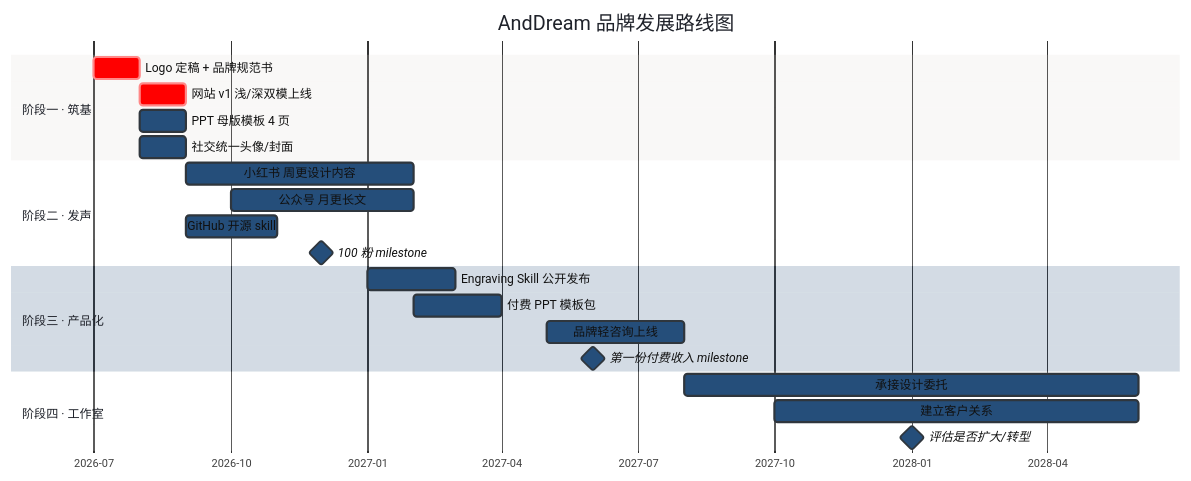
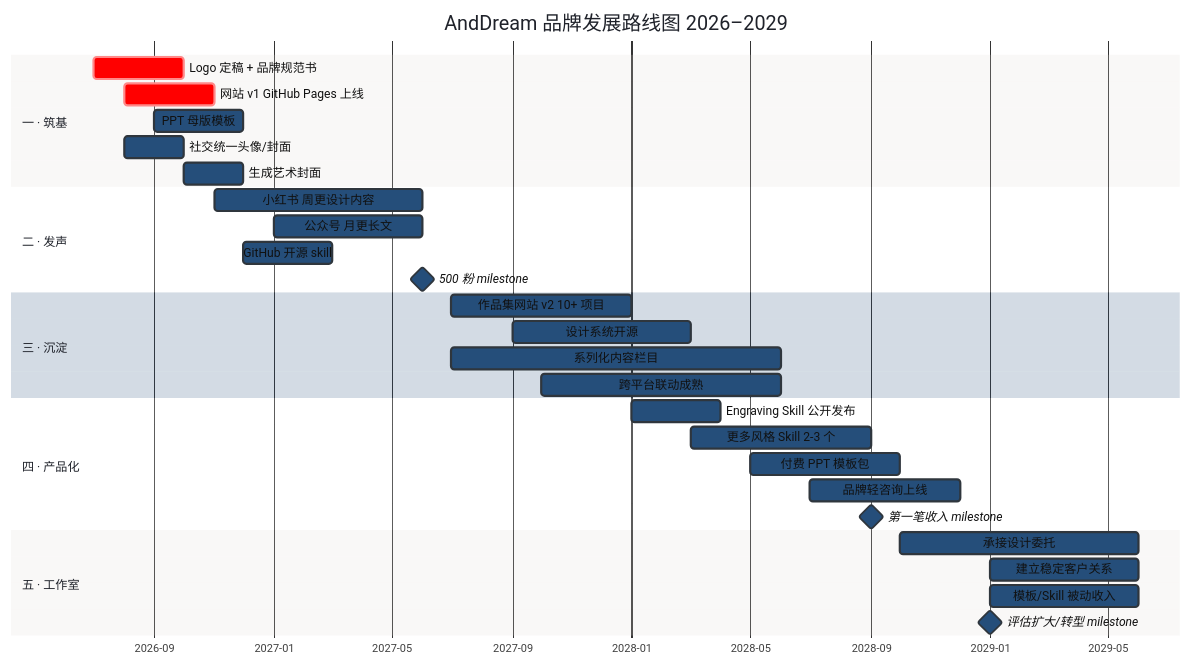
The second of 3 diagrams in 品牌架构图.md (AndrewYY5178/AndDream), drawn with Mermaid before and after one commit. The commit also changed other lines of this file and 1 other file, not shown here.

Commit message:
Update roadmap: 1yr → 2-3yr, 4 phases → 5 phases
- Extended timeline to 2026-2029
- Added Phase 3: 沉淀 (12-18mo, build portfolio moat)
- Shifted productization to Phase 4 (18-24mo)
- Added studio phase to Phase 5 (24-36mo)
- Updated Gantt chart and mindmap
- Added Studio section to architecture mindmap

````diff
--- a/品牌架构图.md
+++ b/品牌架构图.md
@@ -72,41 +84,50 @@
 ```mermaid
 ---
 config:
   theme: base
   themeVariables:
     primaryColor: "#254E7A"
     primaryTextColor: "#FAFAF8"
     secondaryColor: "#1A1A1C"
     tertiaryColor: "#E0DDD5"
     textColor: "#111111"
     todayColor: "#6BA0D6"
 ---
 gantt
-    title AndDream 品牌发展路线图
+    title AndDream 品牌发展路线图 2026–2029
     dateFormat  YYYY-MM
     axisFormat  %Y-%m
-    tickInterval 3month
+    tickInterval 4month
 
-    section 阶段一 · 筑基
-    Logo 定稿 + 品牌规范书   :crit, a1, 2026-07, 2026-08
-    网站 v1 浅/深双模上线    :crit, a2, after a1, 2026-09
-    PPT 母版模板 4 页        :a3, 2026-08, 2026-09
-    社交统一头像/封面         :a4, 2026-08, 2026-09
+    section 一 · 筑基
+    Logo 定稿 + 品牌规范书       :crit, a1, 2026-07, 2026-10
+    网站 v1 GitHub Pages 上线    :crit, a2, 2026-08, 2026-11
+    PPT 母版模板                 :a3, 2026-09, 2026-12
+    社交统一头像/封面             :a4, 2026-08, 2026-10
+    生成艺术封面                  :a5, 2026-10, 2026-12
 
-    section 阶段二 · 发声
-    小红书 周更设计内容       :b1, 2026-09, 2027-02
-    公众号 月更长文           :b2, 2026-10, 2027-02
-    GitHub 开源 skill          :b3, 2026-09, 2026-11
-    100 粉 milestone          :milestone, b4, 2026-12, 0d
+    section 二 · 发声
+    小红书 周更设计内容           :b1, 2026-11, 2027-06
+    公众号 月更长文               :b2, 2027-01, 2027-06
+    GitHub 开源 skill              :b3, 2026-12, 2027-03
+    500 粉 milestone             :milestone, b4, 2027-06, 0d
 
-    section 阶段三 · 产品化
-    Engraving Skill 公开发布   :c1, 2027-01, 2027-03
-    付费 PPT 模板包            :c2, 2027-02, 2027-04
-    品牌轻咨询上线             :c3, 2027-05, 2027-08
-    第一份付费收入 milestone  :milestone, c4, 2027-06, 0d
+    section 三 · 沉淀
+    作品集网站 v2 10+ 项目        :c1, 2027-07, 2028-01
+    设计系统开源                  :c2, 2027-09, 2028-03
+    系列化内容栏目                :c3, 2027-07, 2028-06
+    跨平台联动成熟                :c4, 2027-10, 2028-06
 
-    section 阶段四 · 工作室
-    承接设计委托               :d1, 2027-08, 2028-06
-    建立客户关系               :d2, 2027-10, 2028-06
-    评估是否扩大/转型          :milestone, d3, 2028-01, 0d
+    section 四 · 产品化
+    Engraving Skill 公开发布      :d1, 2028-01, 2028-04
+    更多风格 Skill 2-3 个         :d2, 2028-03, 2028-09
+    付费 PPT 模板包               :d3, 2028-05, 2028-10
+    品牌轻咨询上线                :d4, 2028-07, 2028-12
+    第一笔收入 milestone          :milestone, d5, 2028-09, 0d
+
+    section 五 · 工作室
+    承接设计委托                  :e1, 2028-10, 2029-06
+    建立稳定客户关系              :e2, 2029-01, 2029-06
+    模板/Skill 被动收入           :e3, 2029-01, 2029-06
+    评估扩大/转型 milestone       :milestone, e4, 2029-01, 0d
 ```
````
